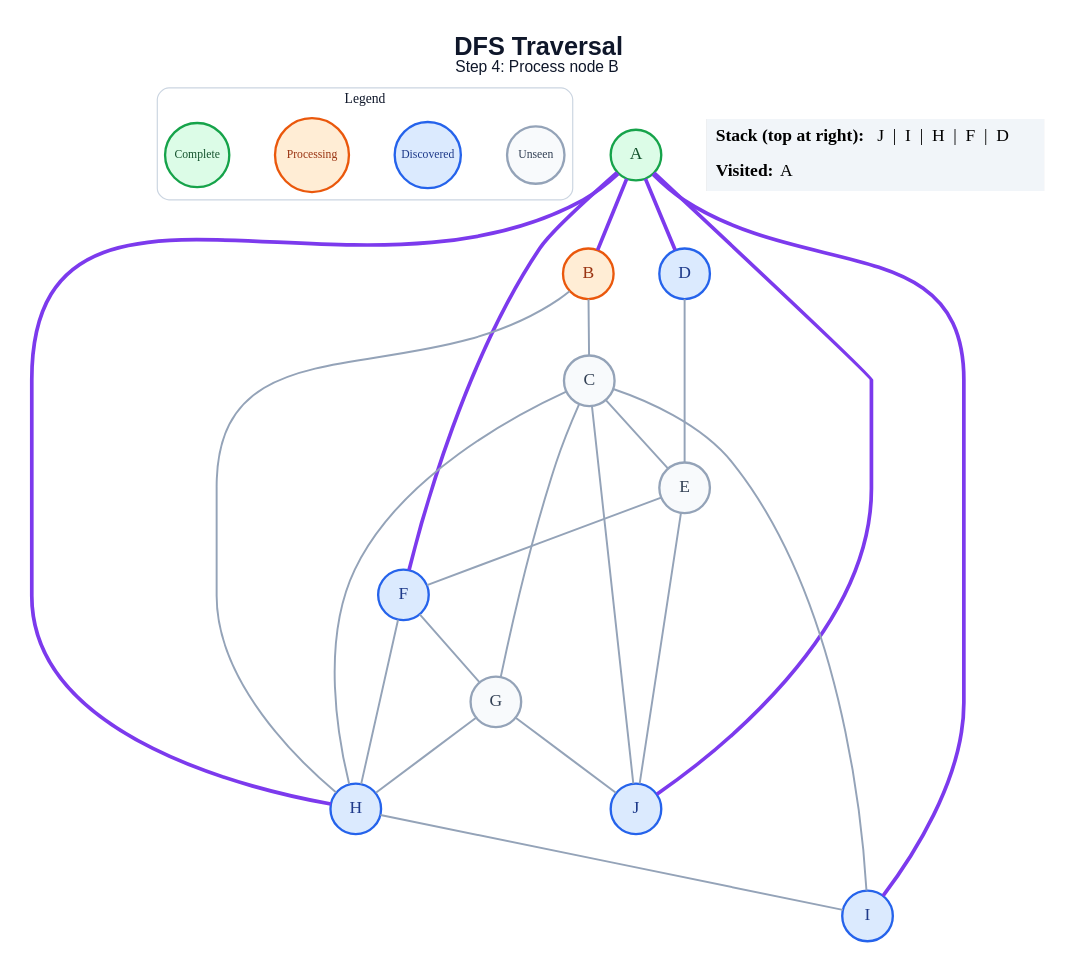
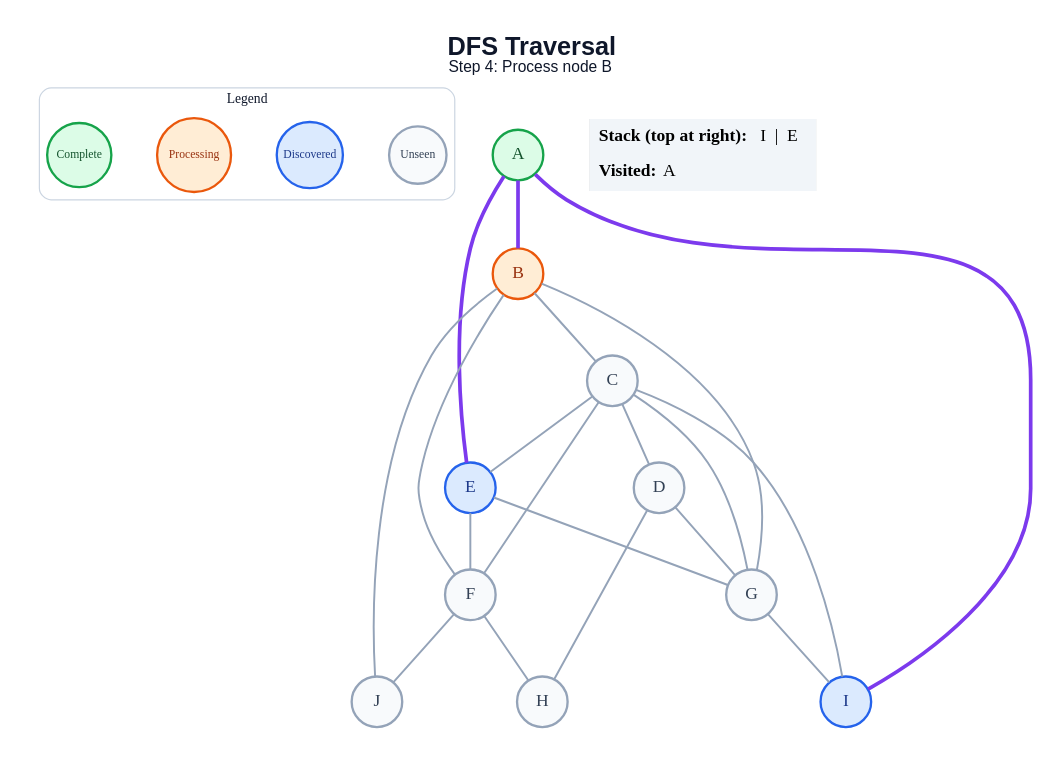
The diagram in generated/dfs/step_04.dot (amanghodawala9/ai-slop), drawn with Graphviz before and after one commit. The commit also changed 178 other files, not shown here.

```diff
--- a/generated/dfs/step_04.dot
+++ b/generated/dfs/step_04.dot
@@ -1,50 +1,48 @@
 graph traversal {
   graph [layout=dot, rankdir=TB, bgcolor="#FFFFFF", pad="0.35", nodesep="0.65", ranksep="0.8", fontname="Arial"];
   node [shape=circle, style="filled", fontname="Arial Bold", fontsize=18, width=0.72, fixedsize=true, penwidth=2.4];
   edge [color="#94A3B8", penwidth=2.0];
   label=<<B>DFS Traversal</B><BR/><FONT POINT-SIZE="16">Step 4: Process node B</FONT>>; labelloc="t"; fontsize=26; fontname="Arial"; fontcolor="#0F172A";
   subgraph cluster_legend { label="Legend"; color="#CBD5E1"; penwidth=1.2; style="rounded"; fontsize=14; fontname="Arial Bold";
     key_unseen [label="Unseen", fillcolor="#F8FAFC", color="#94A3B8", fontcolor="#334155", fontsize=12, width=0.82];
     key_frontier [label="Discovered", fillcolor="#DBEAFE", color="#2563EB", fontcolor="#1E3A8A", fontsize=12, width=0.95];
     key_current [label="Processing", fillcolor="#FFEDD5", color="#EA580C", fontcolor="#9A3412", fontsize=12, width=1.05];
     key_done [label="Complete", fillcolor="#DCFCE7", color="#16A34A", fontcolor="#14532D", fontsize=12, width=0.92];
     { rank=same; key_unseen; key_frontier; key_current; key_done; }
   }
   A [fillcolor="#DCFCE7", color="#16A34A", fontcolor="#14532D"];
   B [fillcolor="#FFEDD5", color="#EA580C", fontcolor="#9A3412"];
   C [fillcolor="#F8FAFC", color="#94A3B8", fontcolor="#334155"];
-  D [fillcolor="#DBEAFE", color="#2563EB", fontcolor="#1E3A8A"];
-  E [fillcolor="#F8FAFC", color="#94A3B8", fontcolor="#334155"];
-  F [fillcolor="#DBEAFE", color="#2563EB", fontcolor="#1E3A8A"];
+  D [fillcolor="#F8FAFC", color="#94A3B8", fontcolor="#334155"];
+  E [fillcolor="#DBEAFE", color="#2563EB", fontcolor="#1E3A8A"];
+  F [fillcolor="#F8FAFC", color="#94A3B8", fontcolor="#334155"];
   G [fillcolor="#F8FAFC", color="#94A3B8", fontcolor="#334155"];
-  H [fillcolor="#DBEAFE", color="#2563EB", fontcolor="#1E3A8A"];
+  H [fillcolor="#F8FAFC", color="#94A3B8", fontcolor="#334155"];
   I [fillcolor="#DBEAFE", color="#2563EB", fontcolor="#1E3A8A"];
-  J [fillcolor="#DBEAFE", color="#2563EB", fontcolor="#1E3A8A"];
+  J [fillcolor="#F8FAFC", color="#94A3B8", fontcolor="#334155"];
   A -- B [color="#7C3AED", penwidth=3.8];
-  A -- D [color="#7C3AED", penwidth=3.8];
-  A -- F [color="#7C3AED", penwidth=3.8];
-  A -- H [color="#7C3AED", penwidth=3.8];
+  A -- E [color="#7C3AED", penwidth=3.8];
   A -- I [color="#7C3AED", penwidth=3.8];
-  A -- J [color="#7C3AED", penwidth=3.8];
   B -- C;
-  B -- H;
+  B -- F;
+  B -- G;
+  B -- J;
+  C -- D;
   C -- E;
+  C -- F;
   C -- G;
-  C -- H;
   C -- I;
-  C -- J;
-  D -- E;
+  D -- G;
+  D -- H;
   E -- F;
-  E -- J;
-  F -- G;
+  E -- G;
   F -- H;
-  G -- H;
-  G -- J;
-  H -- I;
+  F -- J;
+  G -- I;
   status [shape=plain, fixedsize=false, width=0, height=0, margin=0, label=<
     <TABLE BORDER="0" CELLBORDER="0" CELLPADDING="7" BGCOLOR="#F1F5F9">
-      <TR><TD ALIGN="LEFT"><B>Stack (top at right):</B> J  |  I  |  H  |  F  |  D</TD></TR>
+      <TR><TD ALIGN="LEFT"><B>Stack (top at right):</B> I  |  E</TD></TR>
       <TR><TD ALIGN="LEFT"><B>Visited:</B> A</TD></TR>
     </TABLE>
   >];
 }
```
